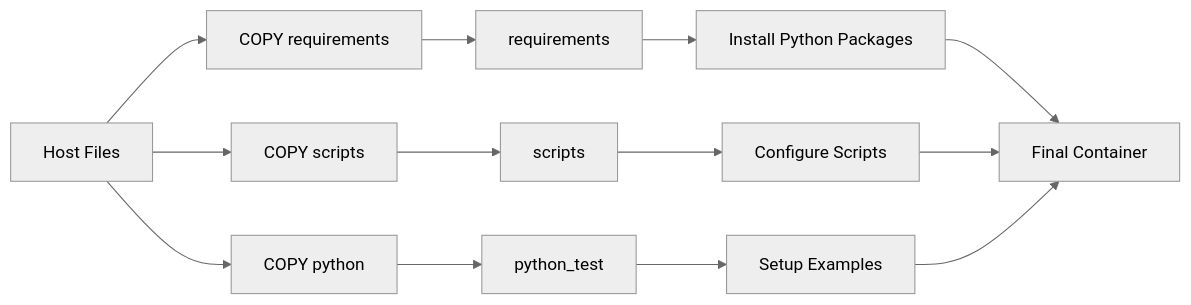
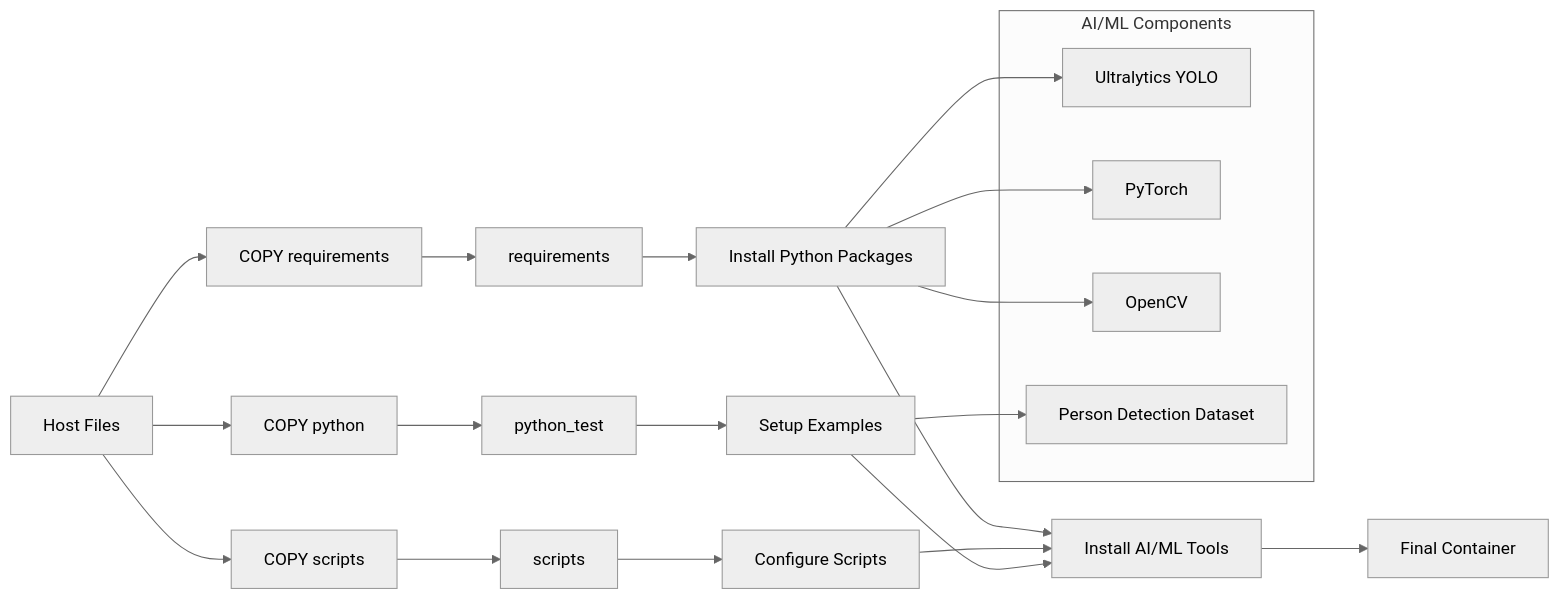
The fourth of 5 diagrams in docker_readme.md (wisrovi/wAgents), drawn with Mermaid (neutral theme) before and after one commit. The commit also changed other lines of this file and 114 other files, not shown here.

````diff
--- a/docker_readme.md
+++ b/docker_readme.md
@@ -441,15 +540,28 @@
 ```mermaid
 graph LR
     A[Host Files] --> B[COPY requirements]
     B --> C[requirements]
     A --> D[COPY scripts]
     D --> E[scripts]
     A --> F[COPY python]
     F --> G[python_test]
     C --> H[Install Python Packages]
     E --> I[Configure Scripts]
     G --> J[Setup Examples]
-    H --> K[Final Container]
+    H --> K[Install AI/ML Tools]
     I --> K
     J --> K
+    K --> L[Final Container]
+    
+    subgraph "AI/ML Components"
+        M[Ultralytics YOLO]
+        N[PyTorch]
+        O[OpenCV]
+        P[Person Detection Dataset]
+    end
+    
+    H --> M
+    H --> N
+    H --> O
+    J --> P
 ```
````
